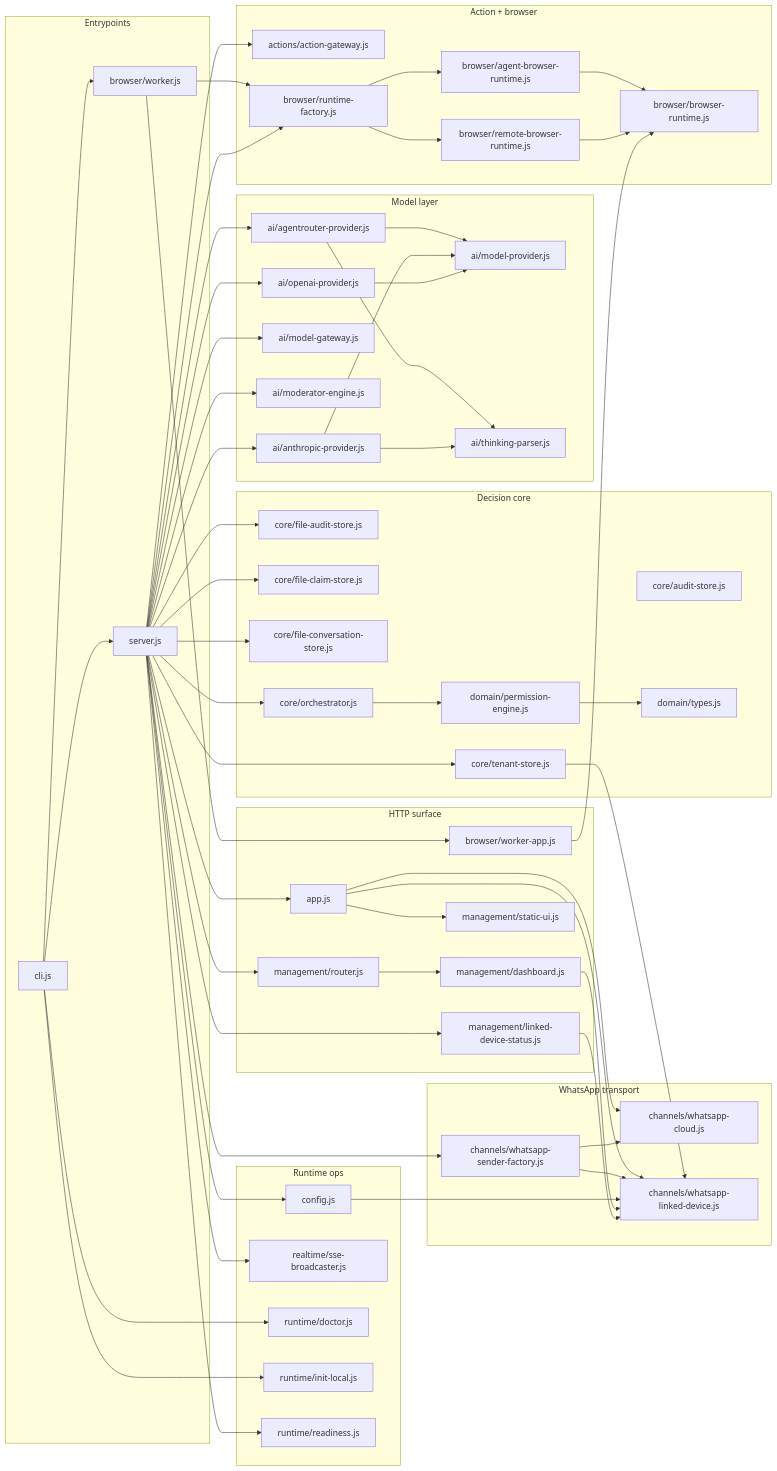
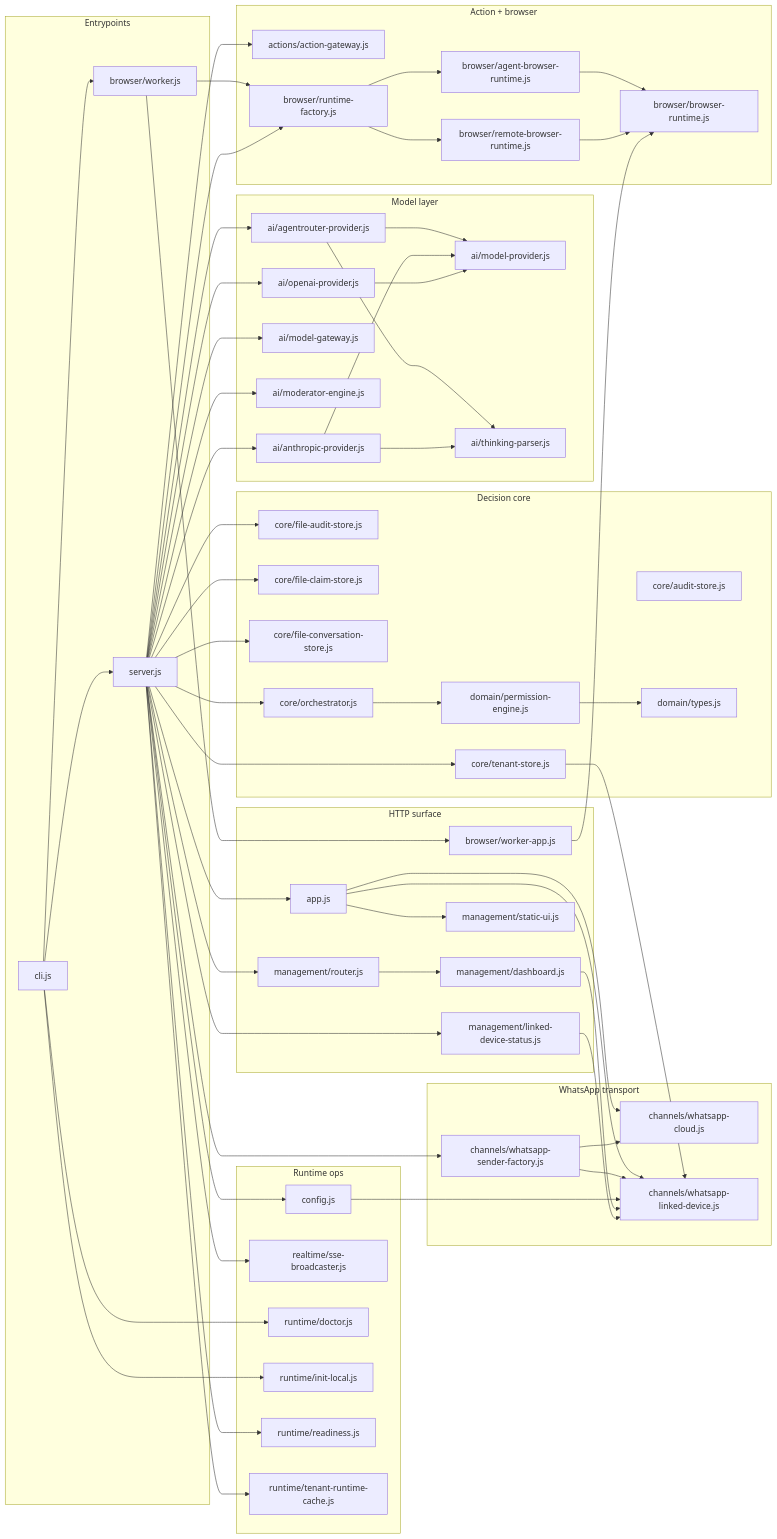
The first of 3 diagrams in docs/CODE_GRAPH.md (imMamdouhaboammar/whatsapp-ai-supervisor), drawn with Mermaid before and after one commit. The commit also changed other lines of this file and 21 other files, not shown here.

````diff
--- a/docs/CODE_GRAPH.md
+++ b/docs/CODE_GRAPH.md
@@ -58,6 +58,7 @@
     src_runtime_doctor_js["runtime/doctor.js"]
     src_runtime_init_local_js["runtime/init-local.js"]
     src_runtime_readiness_js["runtime/readiness.js"]
+    src_runtime_tenant_runtime_cache_js["runtime/tenant-runtime-cache.js"]
   end
   src_ai_agentrouter_provider_js --> src_ai_model_provider_js
   src_ai_agentrouter_provider_js --> src_ai_thinking_parser_js
@@ -106,4 +107,5 @@
   src_server_js --> src_management_router_js
   src_server_js --> src_realtime_sse_broadcaster_js
   src_server_js --> src_runtime_readiness_js
+  src_server_js --> src_runtime_tenant_runtime_cache_js
 ```
````
